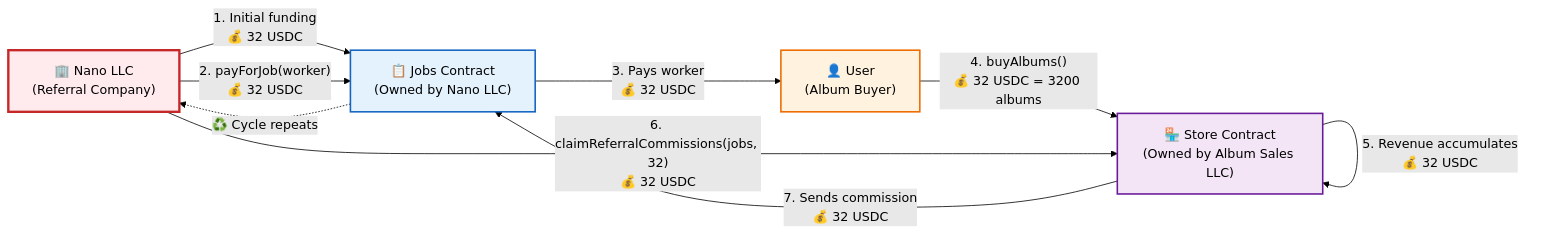
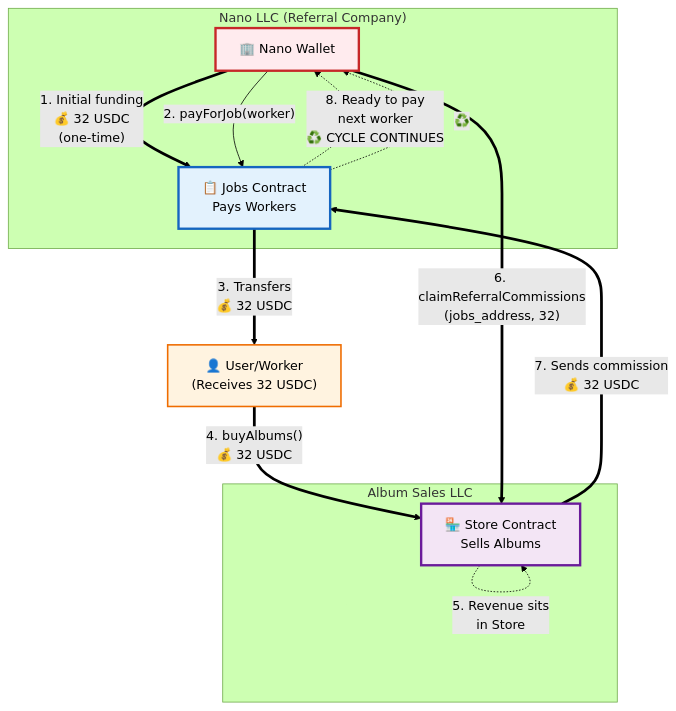
The diagram in SIMPLE_FLOW.md (rowhq/hitmachine), drawn with Mermaid (forest theme) before and after one commit. The commit also changed other lines of this file, not shown here.

Commit message:
docs: Enhance diagram to clearly show circular commission flow back to Jobs contract

````diff
--- a/SIMPLE_FLOW.md
+++ b/SIMPLE_FLOW.md
@@ -17,24 +17,36 @@
 ```mermaid
-graph LR
-    %% Entities
-    NANO["🏢 Nano LLC<br/>(Referral Company)"]
-    JOBS["📋 Jobs Contract<br/>(Owned by Nano LLC)"]
-    USER["👤 User<br/>(Album Buyer)"]
-    STORE["🏪 Store Contract<br/>(Owned by Album Sales LLC)"]
+graph TB
+    %% Main entities
+    subgraph "Nano LLC (Referral Company)"
+        NANO["🏢 Nano Wallet"]
+        JOBS["📋 Jobs Contract<br/>Pays Workers"]
+    end
     
-    %% Flow with method names
-    NANO -->|"1. Initial funding<br/>💰 32 USDC"| JOBS
-    NANO -->|"2. payForJob(worker)<br/>💰 32 USDC"| JOBS
-    JOBS -->|"3. Pays worker<br/>💰 32 USDC"| USER
-    USER -->|"4. buyAlbums()<br/>💰 32 USDC = 3200 albums"| STORE
-    STORE -->|"5. Revenue accumulates<br/>💰 32 USDC"| STORE
-    NANO -->|"6. claimReferralCommissions(jobs, 32)<br/>💰 32 USDC"| STORE
-    STORE -->|"7. Sends commission<br/>💰 32 USDC"| JOBS
-    JOBS -.->|"♻️ Cycle repeats"| NANO
+    subgraph "Album Sales LLC"
+        STORE["🏪 Store Contract<br/>Sells Albums"]
+    end
+    
+    USER["👤 User/Worker<br/>(Receives 32 USDC)"]
+    
+    %% The circular flow
+    NANO ==>|"1. Initial funding<br/>💰 32 USDC<br/>(one-time)"| JOBS
+    NANO -->|"2. payForJob(worker)"| JOBS
+    JOBS ==>|"3. Transfers<br/>💰 32 USDC"| USER
+    USER ==>|"4. buyAlbums()<br/>💰 32 USDC"| STORE
+    STORE -.->|"5. Revenue sits<br/>in Store"| STORE
+    NANO ==>|"6. claimReferralCommissions<br/>(jobs_address, 32)"| STORE
+    STORE ==>|"7. Sends commission<br/>💰 32 USDC"| JOBS
+    JOBS -.->|"8. Ready to pay<br/>next worker<br/>♻️ CYCLE CONTINUES"| NANO
+    
+    %% Highlight the circular path
+    JOBS -.->|"♻️"| NANO
     
     %% Styling
     style NANO fill:#ffebee,stroke:#c62828,stroke-width:3px
-    style JOBS fill:#e3f2fd,stroke:#1565c0,stroke-width:2px
+    style JOBS fill:#e3f2fd,stroke:#1565c0,stroke-width:3px
     style USER fill:#fff3e0,stroke:#ef6c00,stroke-width:2px
-    style STORE fill:#f3e5f5,stroke:#6a1b9a,stroke-width:2px
+    style STORE fill:#f3e5f5,stroke:#6a1b9a,stroke-width:3px
+    
+    classDef nanoClass fill:#ffebee,stroke:#c62828,stroke-width:3px
+    classDef storeClass fill:#f3e5f5,stroke:#6a1b9a,stroke-width:3px
 ```
````
